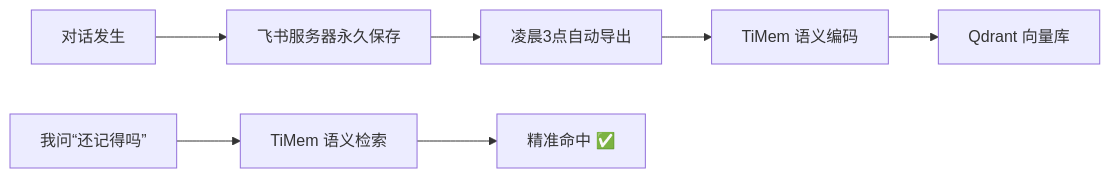
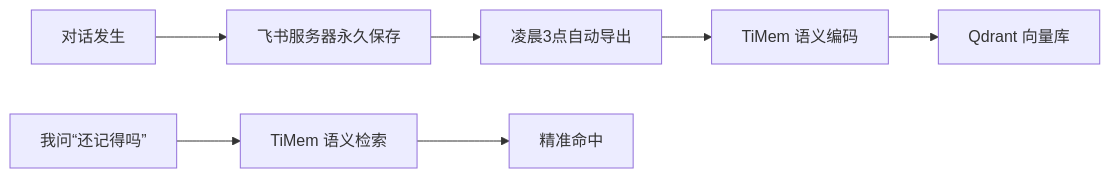
One commit to wujiangyyo/goke-tech-blog changed the diagram in content/posts/feishu-export-timem-recall.md. Above: the diagram before and after it, drawn with Mermaid.

````diff
--- a/content/posts/feishu-export-timem-recall.md
+++ b/content/posts/feishu-export-timem-recall.md
@@ -220,9 +220,9 @@
 ```mermaid
 flowchart LR
     A[对话发生] --> B[飞书服务器永久保存]
     B --> C[凌晨3点自动导出]
     C --> D[TiMem 语义编码]
     D --> E[Qdrant 向量库]
     F[我问“还记得吗”] --> G[TiMem 语义检索]
-    G --> H[精准命中 ✅]
+    G --> H[精准命中]
 ```
````
